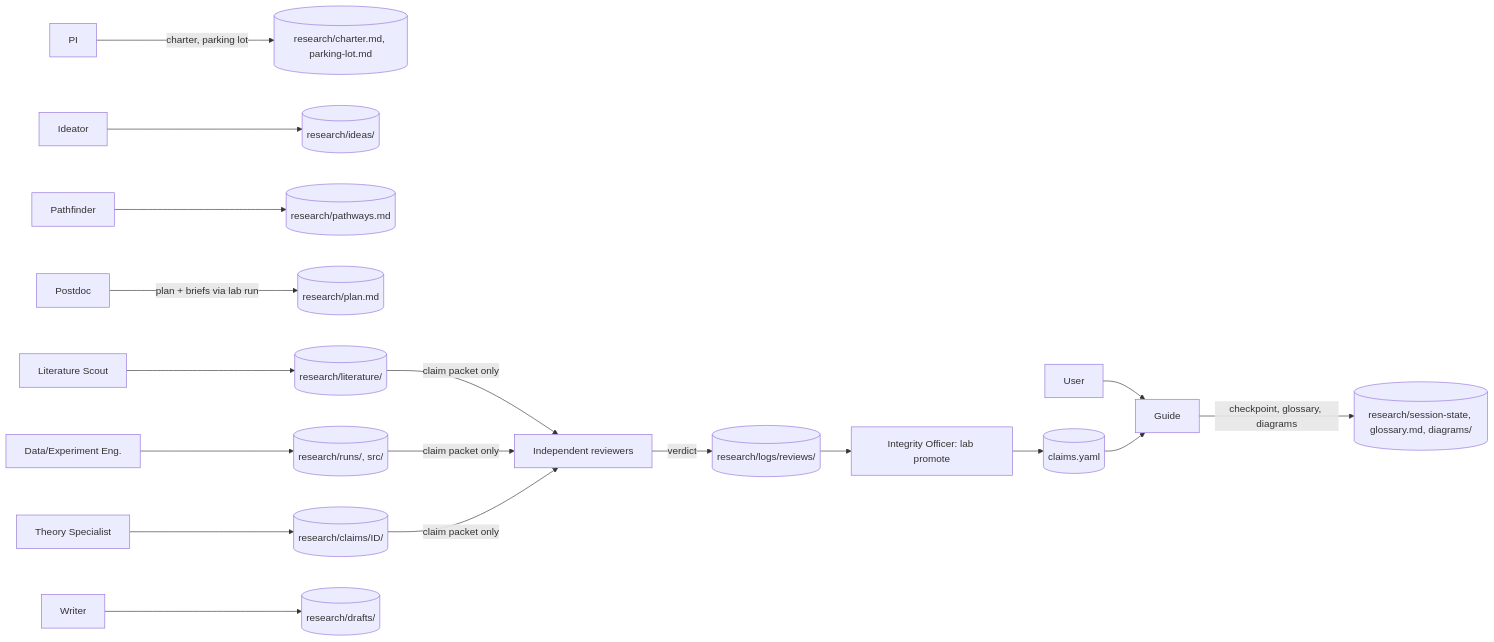
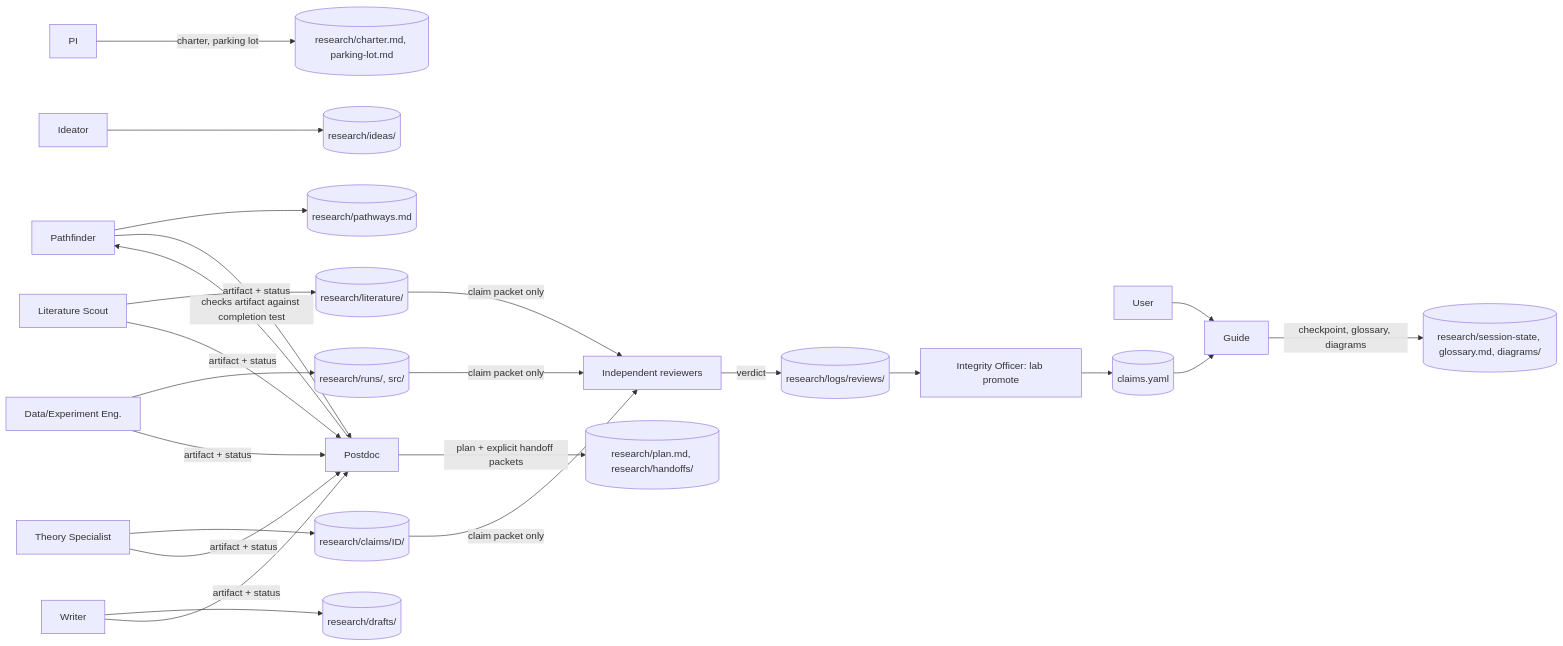
Before and after one commit to Showerss/WeSearch: the first of 4 diagrams in docs/diagrams.md, drawn with Mermaid. The commit also changed other lines of this file and 8 other files, not shown here.

First line of the commit message:
Require explicit agent handoff packets

````diff
--- a/docs/diagrams.md
+++ b/docs/diagrams.md
@@ -4,18 +4,20 @@
 ```mermaid
 flowchart LR
   U[User] --> G[Guide]
   G -->|checkpoint, glossary, diagrams| F1[(research/session-state, glossary.md, diagrams/)]
   PI[PI] -->|charter, parking lot| F2[(research/charter.md, parking-lot.md)]
   ID[Ideator] --> F3[(research/ideas/)]
   PF[Pathfinder] --> F4[(research/pathways.md)]
-  PD[Postdoc] -->|plan + briefs via lab run| F5[(research/plan.md)]
+  PD[Postdoc] -->|plan + explicit handoff packets| F5[(research/plan.md, research/handoffs/)]
+  PD -->|checks artifact against completion test| PF
   LS[Literature Scout] --> F6[(research/literature/)]
   DE[Data/Experiment Eng.] --> F7[(research/runs/, src/)]
   TS[Theory Specialist] --> F8[(research/claims/ID/)]
   W[Writer] --> F9[(research/drafts/)]
+  PF & LS & DE & TS & W -->|artifact + status| PD
   F6 & F7 & F8 -->|claim packet only| REV[Independent reviewers]
   REV -->|verdict| F10[(research/logs/reviews/)]
   F10 --> IO[Integrity Officer: lab promote]
   IO --> CL[(claims.yaml)]
   CL --> G
 ```
````
